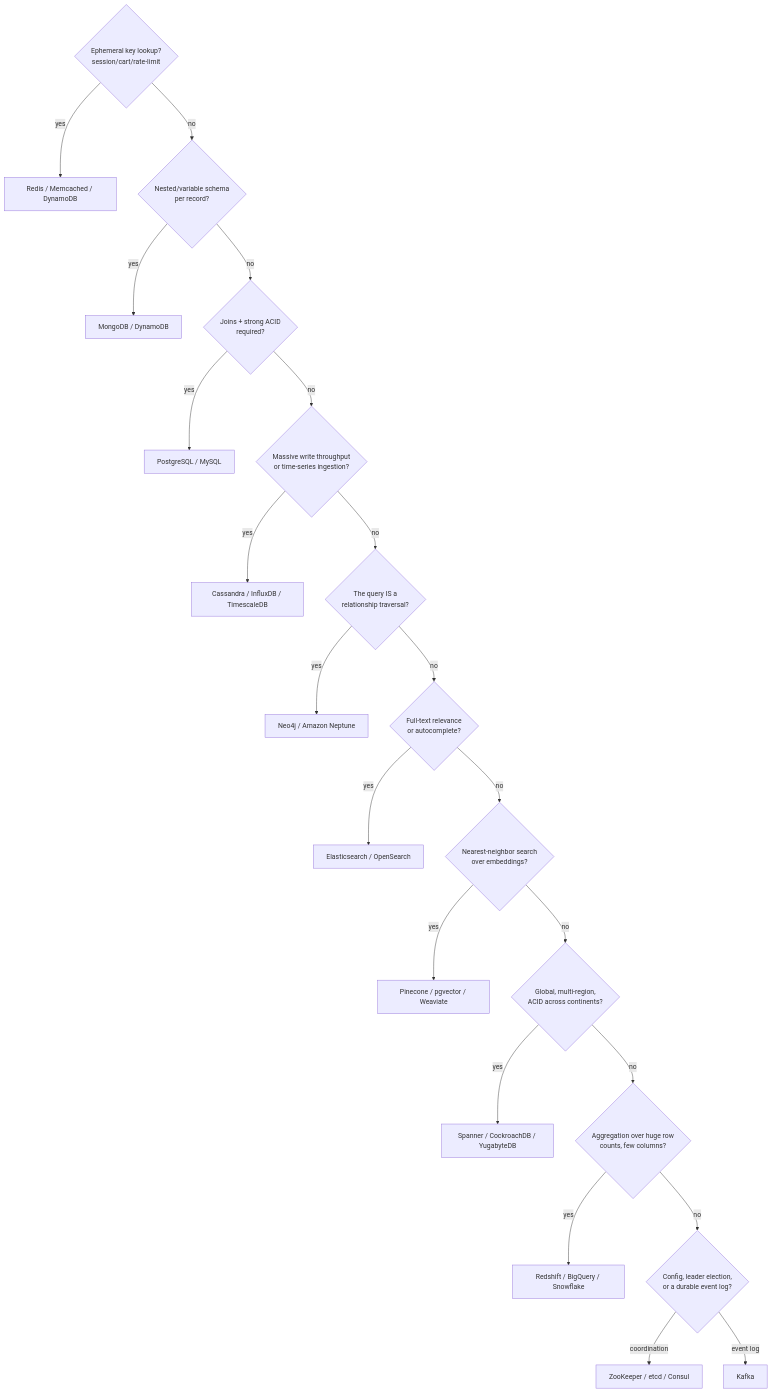
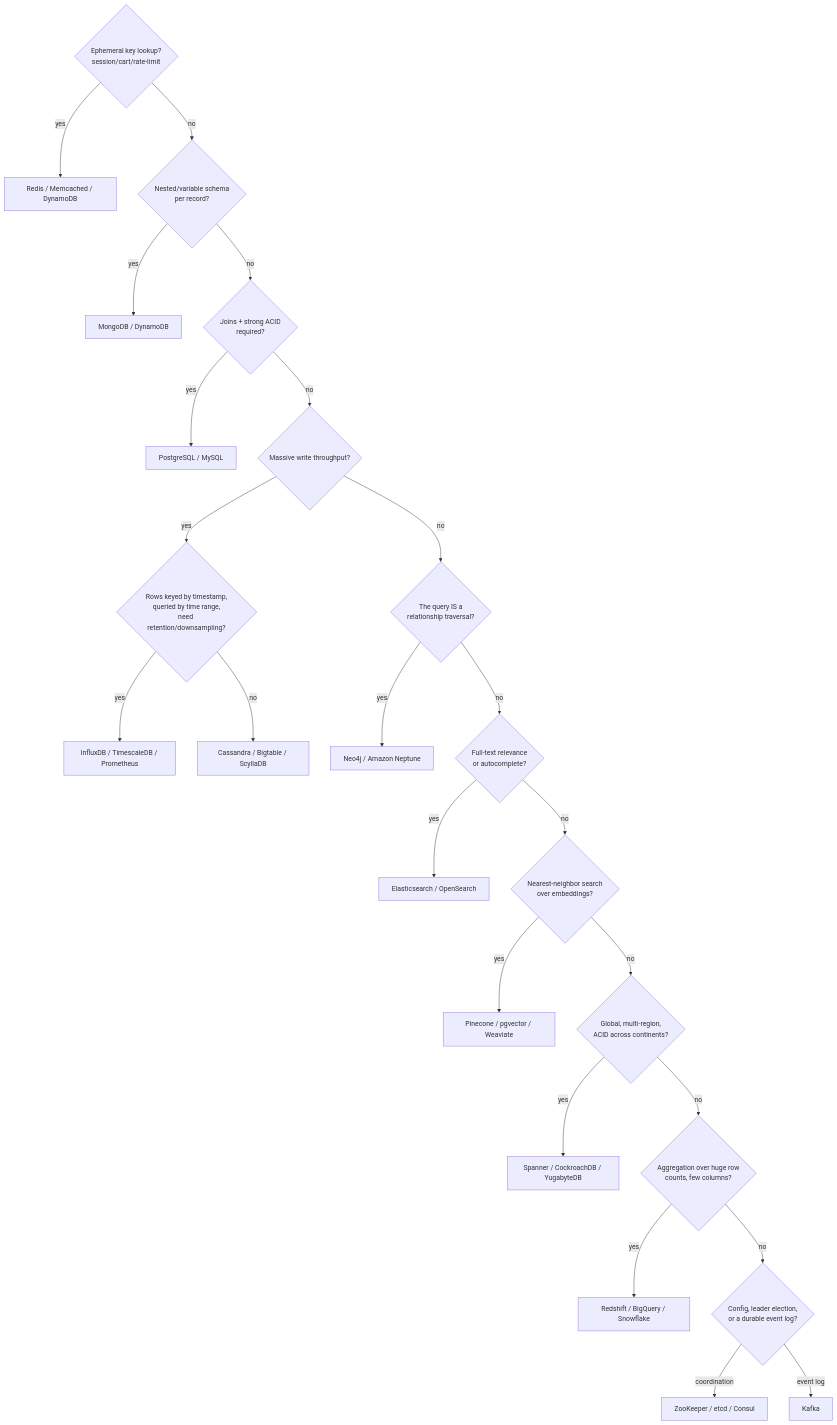
The third of 3 diagrams in system-design/HLD/0-course/9.10 Database Selection Guide - Types, Real Systems, and When to Use What.md (riyaz-pasha/Learnings), drawn with Mermaid before and after one commit. The commit also changed other lines of this file and 50 other files, not shown here.

````diff
--- a/system-design/HLD/0-course/9.10 Database Selection Guide - Types, Real Systems, and When to Use What.md
+++ b/system-design/HLD/0-course/9.10 Database Selection Guide - Types, Real Systems, and When to Use What.md
@@ -58,24 +111,26 @@
 ```mermaid
 graph TD
     Q1{Ephemeral key lookup?<br/>session/cart/rate-limit}
     Q1 -->|yes| KV["Redis / Memcached / DynamoDB"]
     Q1 -->|no| Q2{Nested/variable schema<br/>per record?}
     Q2 -->|yes| DOC["MongoDB / DynamoDB"]
     Q2 -->|no| Q3{Joins + strong ACID<br/>required?}
     Q3 -->|yes| REL["PostgreSQL / MySQL"]
-    Q3 -->|no| Q4{Massive write throughput<br/>or time-series ingestion?}
-    Q4 -->|yes| WIDE["Cassandra / InfluxDB / TimescaleDB"]
+    Q3 -->|no| Q4{Massive write throughput?}
+    Q4 -->|yes| Q4a{Rows keyed by timestamp,<br/>queried by time range,<br/>need retention/downsampling?}
+    Q4a -->|yes| TS["InfluxDB / TimescaleDB / Prometheus"]
+    Q4a -->|no| WIDE["Cassandra / Bigtable / ScyllaDB"]
     Q4 -->|no| Q5{The query IS a<br/>relationship traversal?}
     Q5 -->|yes| GRAPH["Neo4j / Amazon Neptune"]
     Q5 -->|no| Q6{Full-text relevance<br/>or autocomplete?}
     Q6 -->|yes| SEARCH["Elasticsearch / OpenSearch"]
     Q6 -->|no| Q7{Nearest-neighbor search<br/>over embeddings?}
     Q7 -->|yes| VECTOR["Pinecone / pgvector / Weaviate"]
     Q7 -->|no| Q8{Global, multi-region,<br/>ACID across continents?}
     Q8 -->|yes| NEWSQL["Spanner / CockroachDB / YugabyteDB"]
     Q8 -->|no| Q9{Aggregation over huge row<br/>counts, few columns?}
     Q9 -->|yes| OLAP["Redshift / BigQuery / Snowflake"]
     Q9 -->|no| Q10{Config, leader election,<br/>or a durable event log?}
     Q10 -->|coordination| COORD["ZooKeeper / etcd / Consul"]
     Q10 -->|event log| KAFKA["Kafka"]
 ```
````
